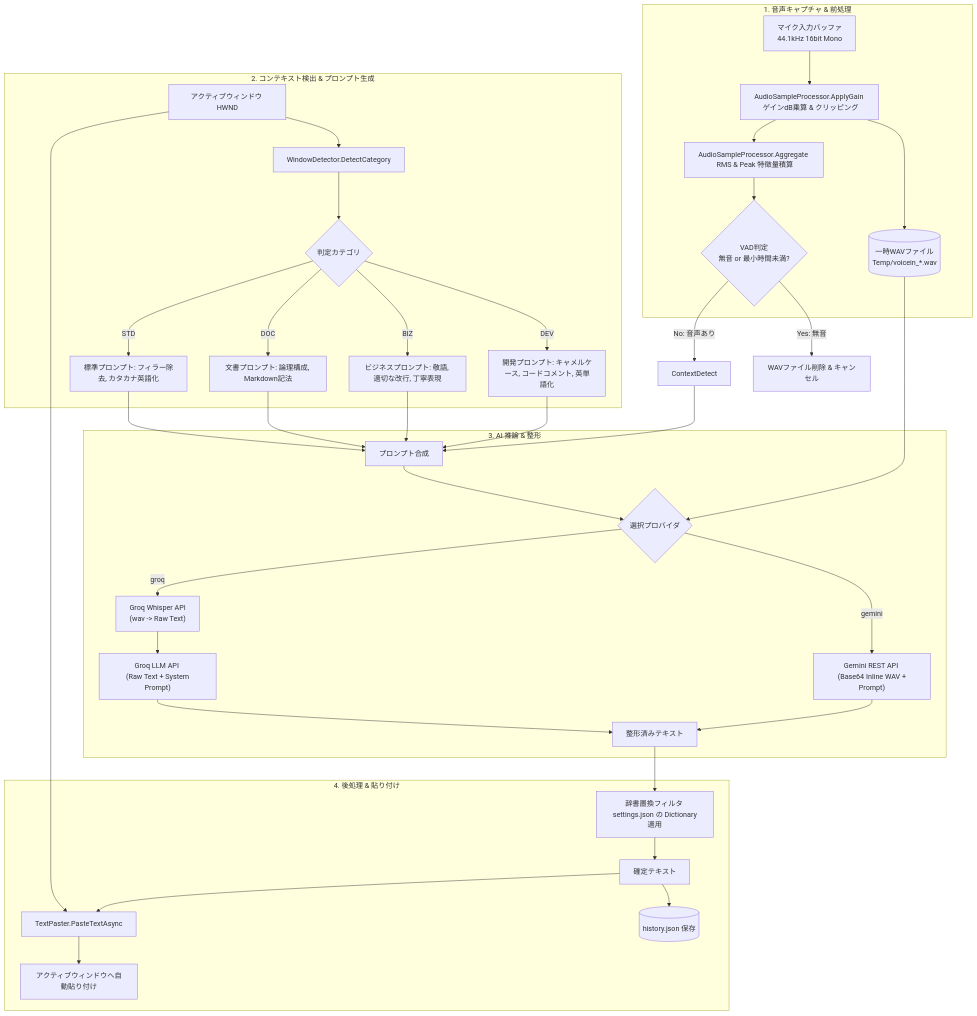
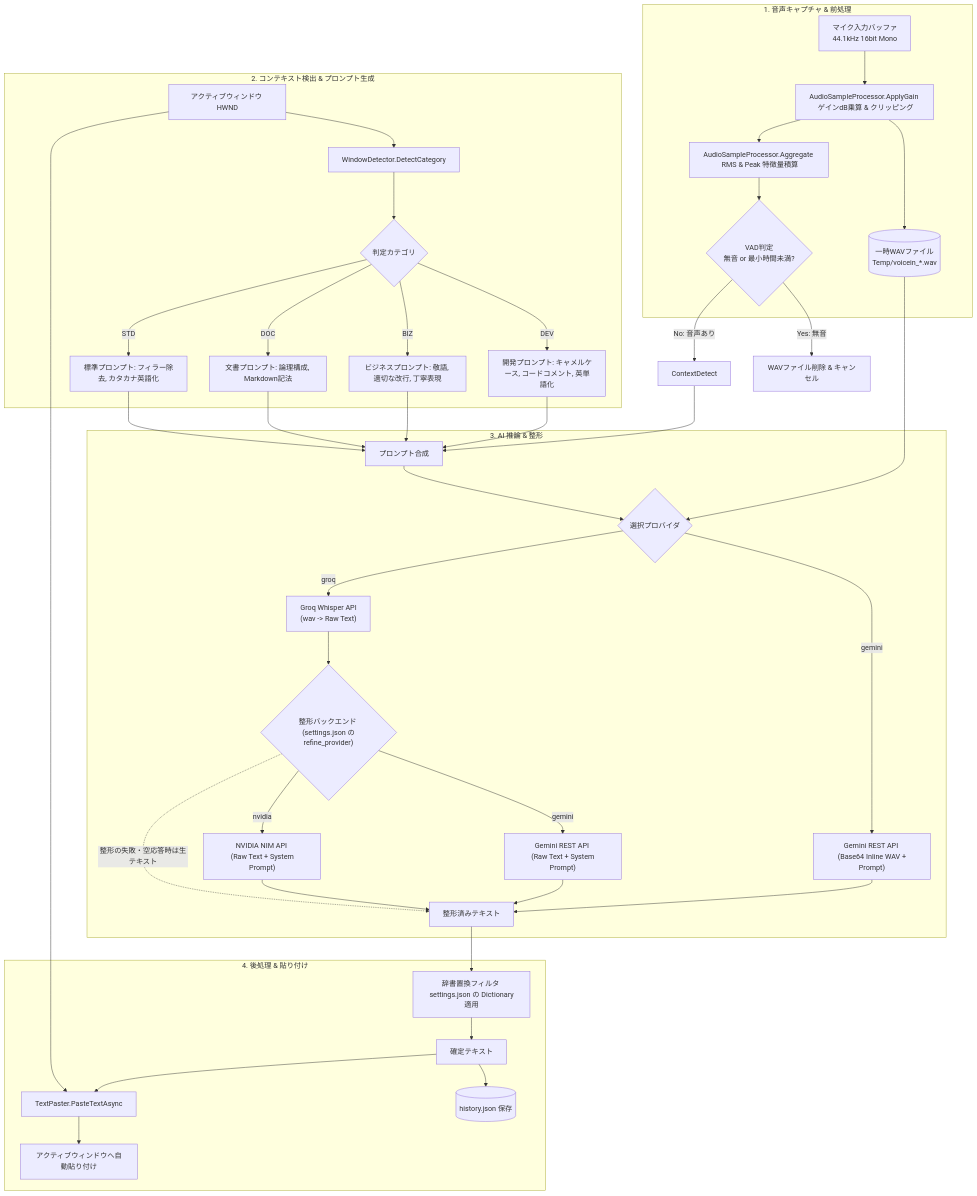
Before and after one commit to watawatan1984/voice-inn-cs: the third of 3 diagrams in Doc/data-flow.md, drawn with Mermaid. The commit also changed 3 other files, not shown here.

````diff
--- a/Doc/data-flow.md
+++ b/Doc/data-flow.md
@@ -104,48 +104,52 @@
 ```mermaid
 flowchart TD
     subgraph Capture ["1. 音声キャプチャ & 前処理"]
         RawAudio[マイク入力バッファ <br/> 44.1kHz 16bit Mono] --> ApplyGain[AudioSampleProcessor.ApplyGain <br/> ゲインdB乗算 & クリッピング]
         ApplyGain --> TempWav[(一時WAVファイル <br/> Temp/voicein_*.wav)]
         ApplyGain --> Aggregate[AudioSampleProcessor.Aggregate <br/> RMS & Peak 特徴量積算]
         Aggregate --> VADCheck{VAD判定 <br/> 無音 or 最小時間未満?}
     end
 
     VADCheck -->|Yes: 無音| Discard[WAVファイル削除 & キャンセル]
     VADCheck -->|No: 音声あり| ContextDetect
 
     subgraph Context ["2. コンテキスト検出 & プロンプト生成"]
         ActiveHwnd[アクティブウィンドウ HWND] --> WindowDetector[WindowDetector.DetectCategory]
         WindowDetector --> Category{判定カテゴリ}
         Category -->|DEV| DevPrompt[開発プロンプト: キャメルケース, コードコメント, 英単語化]
         Category -->|BIZ| BizPrompt[ビジネスプロンプト: 敬語, 適切な改行, 丁寧表現]
         Category -->|DOC| DocPrompt[文書プロンプト: 論理構成, Markdown記法]
         Category -->|STD| StdPrompt[標準プロンプト: フィラー除去, カタカナ英語化]
     end
 
     ContextDetect --> PromptCompose[プロンプト合成]
     DevPrompt --> PromptCompose
     BizPrompt --> PromptCompose
     DocPrompt --> PromptCompose
     StdPrompt --> PromptCompose
 
     subgraph AIInference ["3. AI 推論 & 整形"]
         PromptCompose --> ProviderSelect{選択プロバイダ}
         TempWav --> ProviderSelect
 
         ProviderSelect -->|gemini| GeminiCall["Gemini REST API <br/> (Base64 Inline WAV + Prompt)"]
         ProviderSelect -->|groq| GroqWhisper["Groq Whisper API <br/> (wav -> Raw Text)"]
-        GroqWhisper --> GroqRefine["Groq LLM API <br/> (Raw Text + System Prompt)"]
+        GroqWhisper --> RefineSelect{"整形バックエンド <br/> (settings.json の refine_provider)"}
+        RefineSelect -->|gemini| GeminiRefine["Gemini REST API <br/> (Raw Text + System Prompt)"]
+        RefineSelect -->|nvidia| NvidiaRefine["NVIDIA NIM API <br/> (Raw Text + System Prompt)"]
 
         GeminiCall --> RawResult[整形済みテキスト]
-        GroqRefine --> RawResult
+        GeminiRefine --> RawResult
+        NvidiaRefine --> RawResult
+        RefineSelect -.->|整形の失敗・空応答時は生テキスト| RawResult
     end
 
     subgraph PostProcess ["4. 後処理 & 貼り付け"]
         RawResult --> DictFilter[辞書置換フィルタ <br/> settings.json の Dictionary 適用]
         DictFilter --> FinalText[確定テキスト]
         FinalText --> SaveHistory[(history.json 保存)]
         FinalText --> PasteAction[TextPaster.PasteTextAsync]
         ActiveHwnd --> PasteAction
         PasteAction --> TargetInput[アクティブウィンドウへ自動貼り付け]
     end
 ```
````
